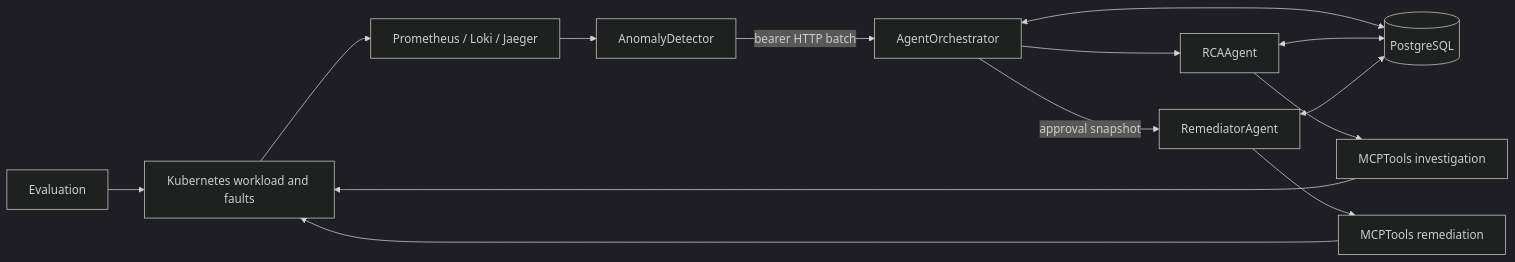
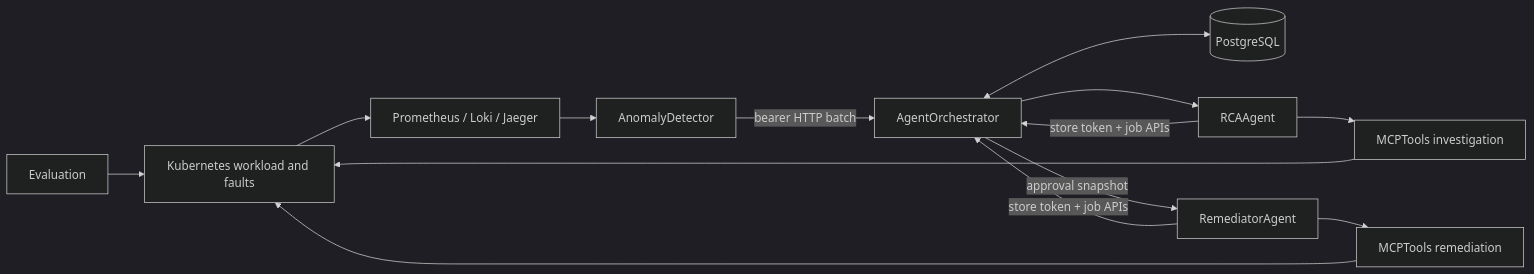
Before and after one commit to stanleyyoga123/IncidentBench: the diagram in docs/architecture.md, drawn with Mermaid (dark theme). The commit also changed other lines of this file and 60 other files, not shown here.

````diff
--- a/docs/architecture.md
+++ b/docs/architecture.md
@@ -3,16 +3,16 @@
 ```mermaid
 flowchart LR
   E[Evaluation] --> K[Kubernetes workload and faults]
   K --> P[Prometheus / Loki / Jaeger]
   P --> D[AnomalyDetector]
   D -->|bearer HTTP batch| O[AgentOrchestrator]
   O <--> DB[(PostgreSQL)]
   O --> R[RCAAgent]
+  R -->|store token + job APIs| O
   R --> MI[MCPTools investigation]
   MI --> K
   O -->|approval snapshot| M[RemediatorAgent]
+  M -->|store token + job APIs| O
   M --> MR[MCPTools remediation]
   MR --> K
-  R <--> DB
-  M <--> DB
 ```
````
